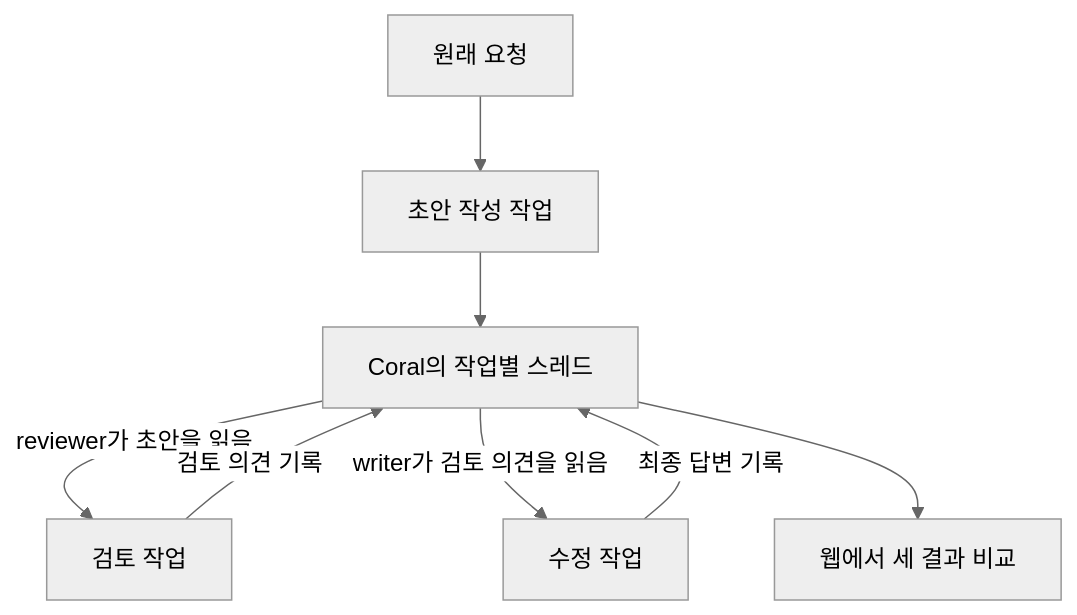
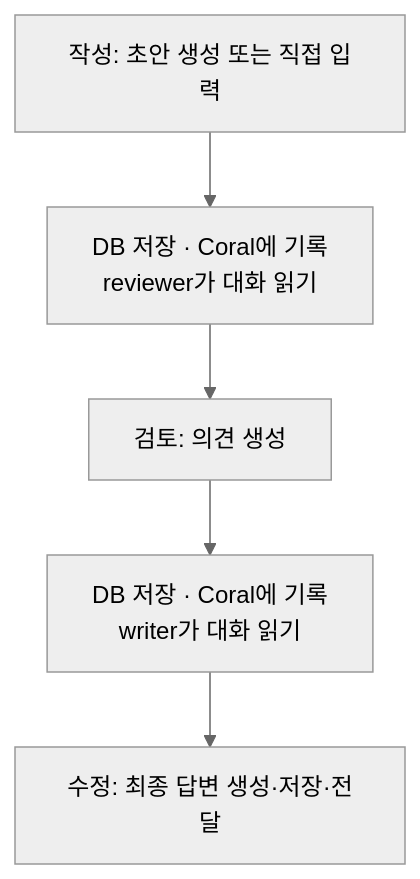
One commit to deepwhale-labs/event-driven-llm changed the diagram in docs/blog/03-draft-review-revision.md. Above: the diagram before and after it, drawn with Mermaid (neutral theme). The commit also changed other lines of this file, not shown here.

````diff
--- a/docs/blog/03-draft-review-revision.md
+++ b/docs/blog/03-draft-review-revision.md
@@ -27,10 +27,8 @@
 ```mermaid
 flowchart TD
-    Request[원래 요청] --> Draft[초안 작성 작업]
-    Draft --> Thread[Coral의 작업별 스레드]
-    Thread -->|reviewer가 초안을 읽음| Review[검토 작업]
-    Review -->|검토 의견 기록| Thread
-    Thread -->|writer가 검토 의견을 읽음| Revision[수정 작업]
-    Revision -->|최종 답변 기록| Thread
-    Thread --> Compare[웹에서 세 결과 비교]
+    Draft["작성: 초안 생성 또는 직접 입력"]
+    Draft --> ReadDraft["DB 저장 · Coral에 기록<br/>reviewer가 대화 읽기"]
+    ReadDraft --> Review["검토: 의견 생성"]
+    Review --> ReadReview["DB 저장 · Coral에 기록<br/>writer가 대화 읽기"]
+    ReadReview --> Revision["수정: 최종 답변 생성·저장·전달"]
 ```
````
